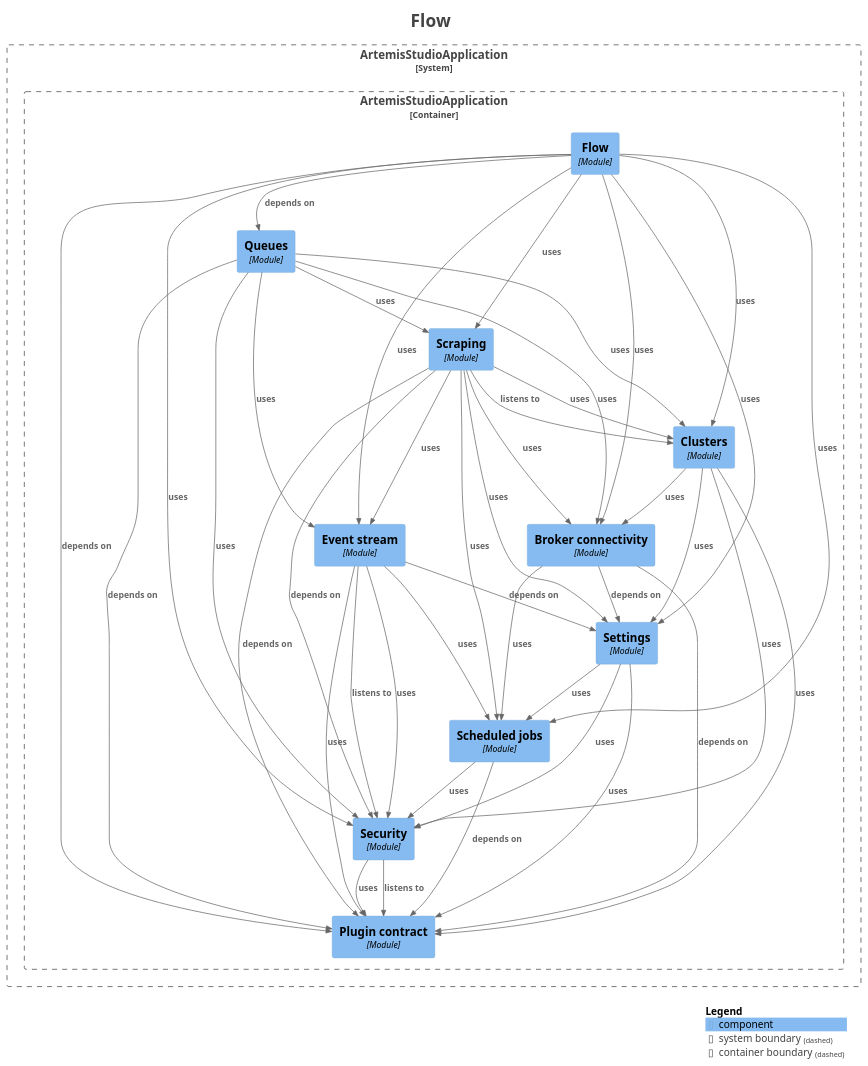
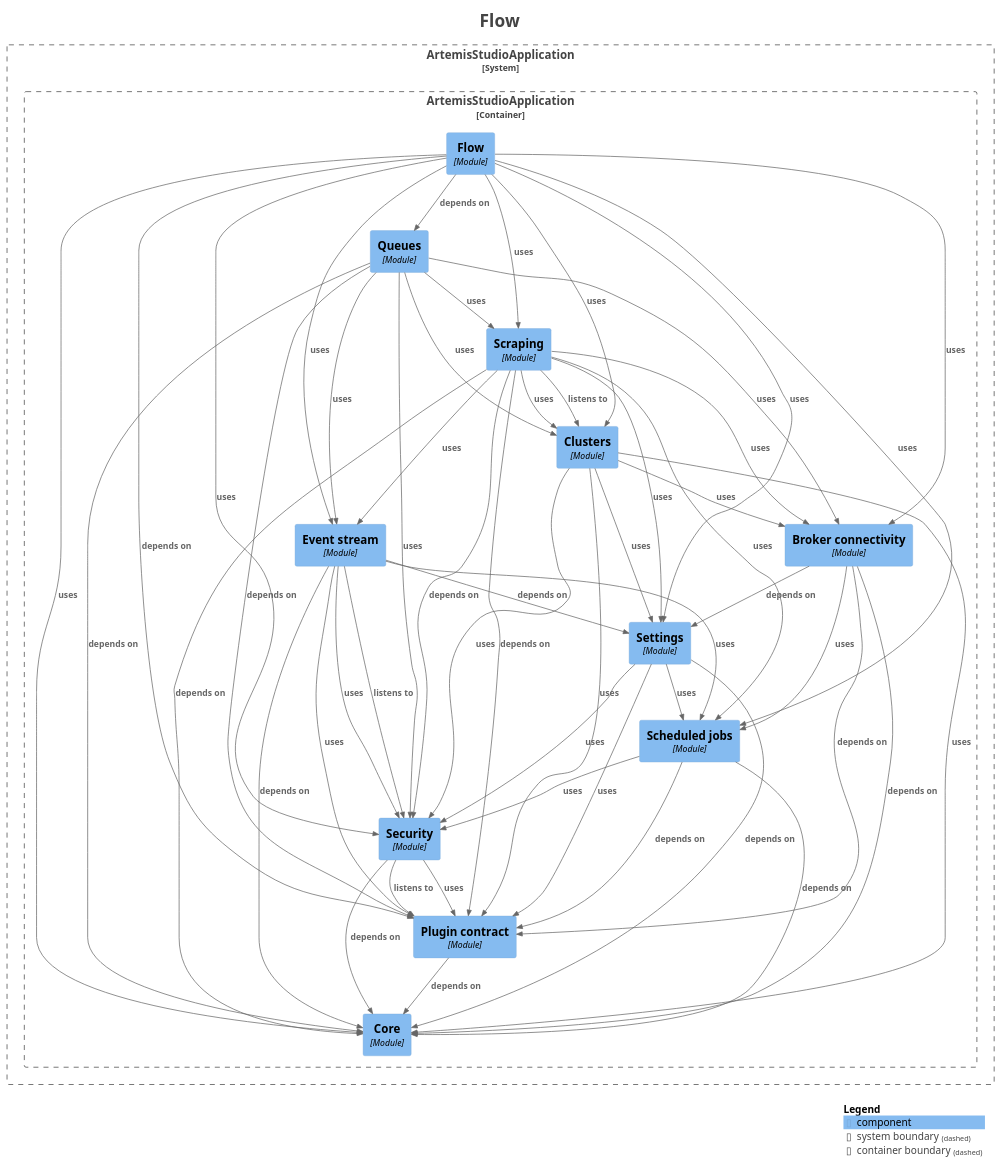
Before and after one commit to sudoitir/artemis-studio: the diagram in docs/modules/module-feature.flow.puml, drawn with PlantUML. The commit also changed 84 other files, not shown here.

```diff
--- a/docs/modules/module-feature.flow.puml
+++ b/docs/modules/module-feature.flow.puml
@@ -1,79 +1,90 @@
 @startuml
 title <size:24>Flow</size>
 
 set separator none
 top to bottom direction
 
 <style>
   root {
     BackgroundColor: #ffffff
     FontColor: #444444
   }
 </style>
 
 !include <C4/C4>
 !include <C4/C4_Context>
 !include <C4/C4_Component>
 
 System_Boundary("ArtemisStudioApplication_boundary", "ArtemisStudioApplication", $tags="") {
   Container_Boundary("ArtemisStudioApplication.ArtemisStudioApplication_boundary", "ArtemisStudioApplication", $tags="") {
     Component(ArtemisStudioApplication.ArtemisStudioApplication.Brokerconnectivity, "Broker connectivity", $techn="Module", $descr="", $tags="", $link="")
     Component(ArtemisStudioApplication.ArtemisStudioApplication.Clusters, "Clusters", $techn="Module", $descr="", $tags="", $link="")
+    Component(ArtemisStudioApplication.ArtemisStudioApplication.Core, "Core", $techn="Module", $descr="", $tags="", $link="")
     Component(ArtemisStudioApplication.ArtemisStudioApplication.Eventstream, "Event stream", $techn="Module", $descr="", $tags="", $link="")
     Component(ArtemisStudioApplication.ArtemisStudioApplication.Flow, "Flow", $techn="Module", $descr="", $tags="", $link="")
     Component(ArtemisStudioApplication.ArtemisStudioApplication.Plugincontract, "Plugin contract", $techn="Module", $descr="", $tags="", $link="")
     Component(ArtemisStudioApplication.ArtemisStudioApplication.Queues, "Queues", $techn="Module", $descr="", $tags="", $link="")
     Component(ArtemisStudioApplication.ArtemisStudioApplication.Scheduledjobs, "Scheduled jobs", $techn="Module", $descr="", $tags="", $link="")
     Component(ArtemisStudioApplication.ArtemisStudioApplication.Scraping, "Scraping", $techn="Module", $descr="", $tags="", $link="")
     Component(ArtemisStudioApplication.ArtemisStudioApplication.Security, "Security", $techn="Module", $descr="", $tags="", $link="")
     Component(ArtemisStudioApplication.ArtemisStudioApplication.Settings, "Settings", $techn="Module", $descr="", $tags="", $link="")
   }
 
 }
 
+Rel(ArtemisStudioApplication.ArtemisStudioApplication.Brokerconnectivity, ArtemisStudioApplication.ArtemisStudioApplication.Core, "depends on", $techn="", $tags="", $link="")
 Rel(ArtemisStudioApplication.ArtemisStudioApplication.Brokerconnectivity, ArtemisStudioApplication.ArtemisStudioApplication.Plugincontract, "depends on", $techn="", $tags="", $link="")
 Rel(ArtemisStudioApplication.ArtemisStudioApplication.Brokerconnectivity, ArtemisStudioApplication.ArtemisStudioApplication.Scheduledjobs, "uses", $techn="", $tags="", $link="")
 Rel(ArtemisStudioApplication.ArtemisStudioApplication.Brokerconnectivity, ArtemisStudioApplication.ArtemisStudioApplication.Settings, "depends on", $techn="", $tags="", $link="")
 Rel(ArtemisStudioApplication.ArtemisStudioApplication.Clusters, ArtemisStudioApplication.ArtemisStudioApplication.Brokerconnectivity, "uses", $techn="", $tags="", $link="")
+Rel(ArtemisStudioApplication.ArtemisStudioApplication.Clusters, ArtemisStudioApplication.ArtemisStudioApplication.Core, "uses", $techn="", $tags="", $link="")
 Rel(ArtemisStudioApplication.ArtemisStudioApplication.Clusters, ArtemisStudioApplication.ArtemisStudioApplication.Plugincontract, "uses", $techn="", $tags="", $link="")
 Rel(ArtemisStudioApplication.ArtemisStudioApplication.Clusters, ArtemisStudioApplication.ArtemisStudioApplication.Security, "uses", $techn="", $tags="", $link="")
 Rel(ArtemisStudioApplication.ArtemisStudioApplication.Clusters, ArtemisStudioApplication.ArtemisStudioApplication.Settings, "uses", $techn="", $tags="", $link="")
+Rel(ArtemisStudioApplication.ArtemisStudioApplication.Eventstream, ArtemisStudioApplication.ArtemisStudioApplication.Core, "depends on", $techn="", $tags="", $link="")
 Rel(ArtemisStudioApplication.ArtemisStudioApplication.Eventstream, ArtemisStudioApplication.ArtemisStudioApplication.Plugincontract, "uses", $techn="", $tags="", $link="")
 Rel(ArtemisStudioApplication.ArtemisStudioApplication.Eventstream, ArtemisStudioApplication.ArtemisStudioApplication.Scheduledjobs, "uses", $techn="", $tags="", $link="")
 Rel(ArtemisStudioApplication.ArtemisStudioApplication.Eventstream, ArtemisStudioApplication.ArtemisStudioApplication.Security, "listens to", $techn="", $tags="", $link="")
 Rel(ArtemisStudioApplication.ArtemisStudioApplication.Eventstream, ArtemisStudioApplication.ArtemisStudioApplication.Security, "uses", $techn="", $tags="", $link="")
 Rel(ArtemisStudioApplication.ArtemisStudioApplication.Eventstream, ArtemisStudioApplication.ArtemisStudioApplication.Settings, "depends on", $techn="", $tags="", $link="")
 Rel(ArtemisStudioApplication.ArtemisStudioApplication.Flow, ArtemisStudioApplication.ArtemisStudioApplication.Brokerconnectivity, "uses", $techn="", $tags="", $link="")
 Rel(ArtemisStudioApplication.ArtemisStudioApplication.Flow, ArtemisStudioApplication.ArtemisStudioApplication.Clusters, "uses", $techn="", $tags="", $link="")
+Rel(ArtemisStudioApplication.ArtemisStudioApplication.Flow, ArtemisStudioApplication.ArtemisStudioApplication.Core, "uses", $techn="", $tags="", $link="")
 Rel(ArtemisStudioApplication.ArtemisStudioApplication.Flow, ArtemisStudioApplication.ArtemisStudioApplication.Eventstream, "uses", $techn="", $tags="", $link="")
 Rel(ArtemisStudioApplication.ArtemisStudioApplication.Flow, ArtemisStudioApplication.ArtemisStudioApplication.Plugincontract, "depends on", $techn="", $tags="", $link="")
 Rel(ArtemisStudioApplication.ArtemisStudioApplication.Flow, ArtemisStudioApplication.ArtemisStudioApplication.Queues, "depends on", $techn="", $tags="", $link="")
 Rel(ArtemisStudioApplication.ArtemisStudioApplication.Flow, ArtemisStudioApplication.ArtemisStudioApplication.Scheduledjobs, "uses", $techn="", $tags="", $link="")
 Rel(ArtemisStudioApplication.ArtemisStudioApplication.Flow, ArtemisStudioApplication.ArtemisStudioApplication.Scraping, "uses", $techn="", $tags="", $link="")
 Rel(ArtemisStudioApplication.ArtemisStudioApplication.Flow, ArtemisStudioApplication.ArtemisStudioApplication.Security, "uses", $techn="", $tags="", $link="")
 Rel(ArtemisStudioApplication.ArtemisStudioApplication.Flow, ArtemisStudioApplication.ArtemisStudioApplication.Settings, "uses", $techn="", $tags="", $link="")
+Rel(ArtemisStudioApplication.ArtemisStudioApplication.Plugincontract, ArtemisStudioApplication.ArtemisStudioApplication.Core, "depends on", $techn="", $tags="", $link="")
 Rel(ArtemisStudioApplication.ArtemisStudioApplication.Queues, ArtemisStudioApplication.ArtemisStudioApplication.Brokerconnectivity, "uses", $techn="", $tags="", $link="")
 Rel(ArtemisStudioApplication.ArtemisStudioApplication.Queues, ArtemisStudioApplication.ArtemisStudioApplication.Clusters, "uses", $techn="", $tags="", $link="")
+Rel(ArtemisStudioApplication.ArtemisStudioApplication.Queues, ArtemisStudioApplication.ArtemisStudioApplication.Core, "depends on", $techn="", $tags="", $link="")
 Rel(ArtemisStudioApplication.ArtemisStudioApplication.Queues, ArtemisStudioApplication.ArtemisStudioApplication.Eventstream, "uses", $techn="", $tags="", $link="")
 Rel(ArtemisStudioApplication.ArtemisStudioApplication.Queues, ArtemisStudioApplication.ArtemisStudioApplication.Plugincontract, "depends on", $techn="", $tags="", $link="")
 Rel(ArtemisStudioApplication.ArtemisStudioApplication.Queues, ArtemisStudioApplication.ArtemisStudioApplication.Scraping, "uses", $techn="", $tags="", $link="")
 Rel(ArtemisStudioApplication.ArtemisStudioApplication.Queues, ArtemisStudioApplication.ArtemisStudioApplication.Security, "uses", $techn="", $tags="", $link="")
+Rel(ArtemisStudioApplication.ArtemisStudioApplication.Scheduledjobs, ArtemisStudioApplication.ArtemisStudioApplication.Core, "depends on", $techn="", $tags="", $link="")
 Rel(ArtemisStudioApplication.ArtemisStudioApplication.Scheduledjobs, ArtemisStudioApplication.ArtemisStudioApplication.Plugincontract, "depends on", $techn="", $tags="", $link="")
 Rel(ArtemisStudioApplication.ArtemisStudioApplication.Scheduledjobs, ArtemisStudioApplication.ArtemisStudioApplication.Security, "uses", $techn="", $tags="", $link="")
 Rel(ArtemisStudioApplication.ArtemisStudioApplication.Scraping, ArtemisStudioApplication.ArtemisStudioApplication.Brokerconnectivity, "uses", $techn="", $tags="", $link="")
 Rel(ArtemisStudioApplication.ArtemisStudioApplication.Scraping, ArtemisStudioApplication.ArtemisStudioApplication.Clusters, "listens to", $techn="", $tags="", $link="")
 Rel(ArtemisStudioApplication.ArtemisStudioApplication.Scraping, ArtemisStudioApplication.ArtemisStudioApplication.Clusters, "uses", $techn="", $tags="", $link="")
+Rel(ArtemisStudioApplication.ArtemisStudioApplication.Scraping, ArtemisStudioApplication.ArtemisStudioApplication.Core, "depends on", $techn="", $tags="", $link="")
 Rel(ArtemisStudioApplication.ArtemisStudioApplication.Scraping, ArtemisStudioApplication.ArtemisStudioApplication.Eventstream, "uses", $techn="", $tags="", $link="")
 Rel(ArtemisStudioApplication.ArtemisStudioApplication.Scraping, ArtemisStudioApplication.ArtemisStudioApplication.Plugincontract, "depends on", $techn="", $tags="", $link="")
 Rel(ArtemisStudioApplication.ArtemisStudioApplication.Scraping, ArtemisStudioApplication.ArtemisStudioApplication.Scheduledjobs, "uses", $techn="", $tags="", $link="")
 Rel(ArtemisStudioApplication.ArtemisStudioApplication.Scraping, ArtemisStudioApplication.ArtemisStudioApplication.Security, "depends on", $techn="", $tags="", $link="")
 Rel(ArtemisStudioApplication.ArtemisStudioApplication.Scraping, ArtemisStudioApplication.ArtemisStudioApplication.Settings, "uses", $techn="", $tags="", $link="")
+Rel(ArtemisStudioApplication.ArtemisStudioApplication.Security, ArtemisStudioApplication.ArtemisStudioApplication.Core, "depends on", $techn="", $tags="", $link="")
 Rel(ArtemisStudioApplication.ArtemisStudioApplication.Security, ArtemisStudioApplication.ArtemisStudioApplication.Plugincontract, "listens to", $techn="", $tags="", $link="")
 Rel(ArtemisStudioApplication.ArtemisStudioApplication.Security, ArtemisStudioApplication.ArtemisStudioApplication.Plugincontract, "uses", $techn="", $tags="", $link="")
+Rel(ArtemisStudioApplication.ArtemisStudioApplication.Settings, ArtemisStudioApplication.ArtemisStudioApplication.Core, "depends on", $techn="", $tags="", $link="")
 Rel(ArtemisStudioApplication.ArtemisStudioApplication.Settings, ArtemisStudioApplication.ArtemisStudioApplication.Plugincontract, "uses", $techn="", $tags="", $link="")
 Rel(ArtemisStudioApplication.ArtemisStudioApplication.Settings, ArtemisStudioApplication.ArtemisStudioApplication.Scheduledjobs, "uses", $techn="", $tags="", $link="")
 Rel(ArtemisStudioApplication.ArtemisStudioApplication.Settings, ArtemisStudioApplication.ArtemisStudioApplication.Security, "uses", $techn="", $tags="", $link="")
 
 SHOW_LEGEND(true)
 hide stereotypes
 @enduml
```
